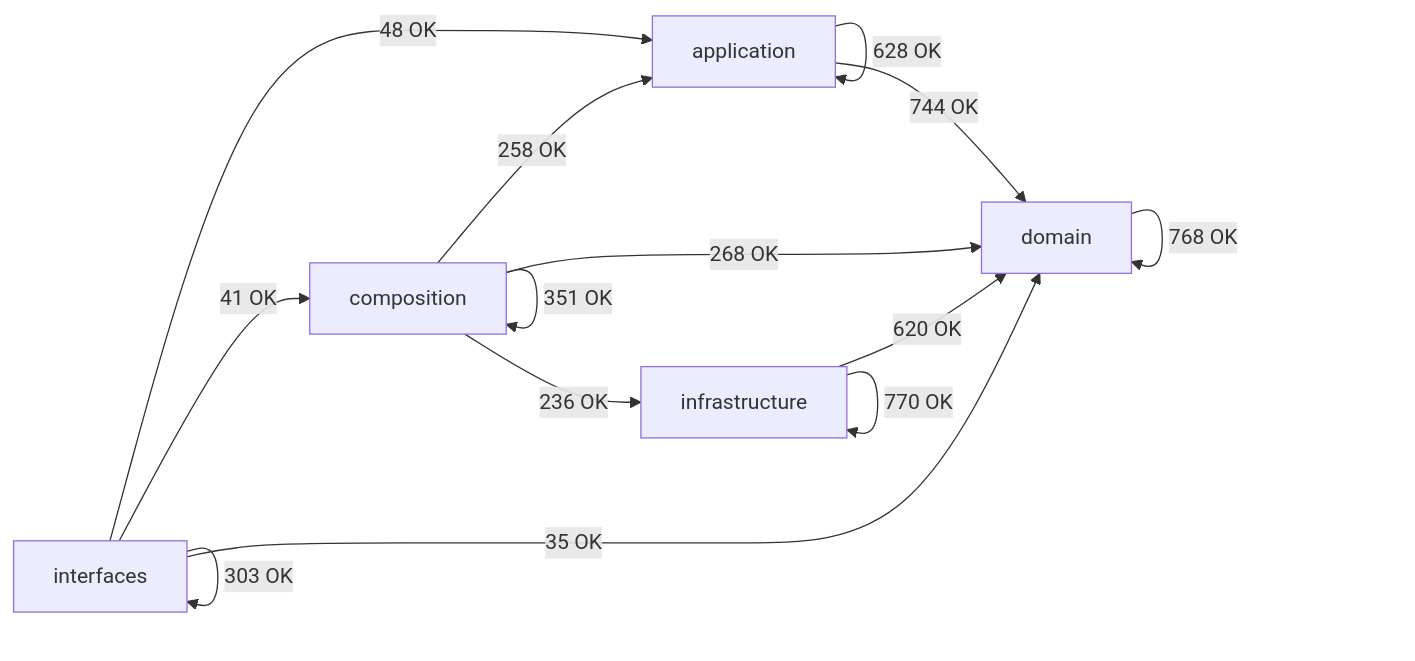
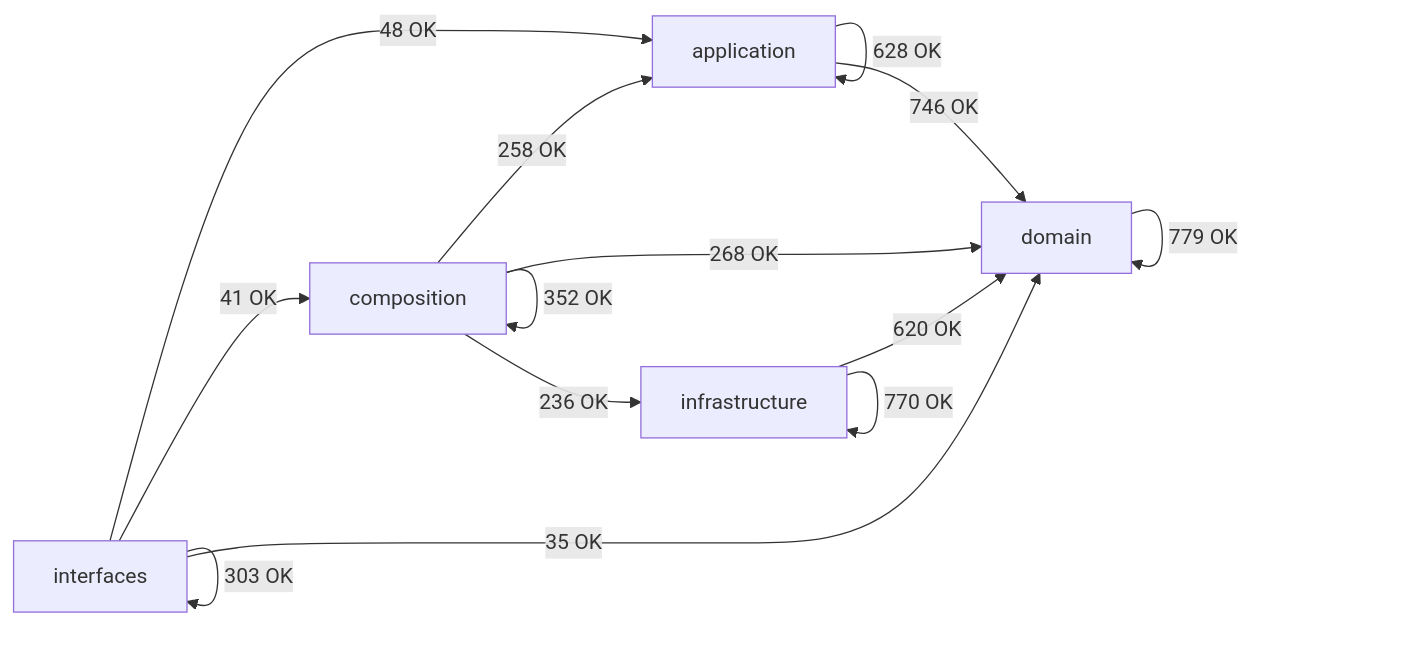
The diagram in docs/02-architecture/generated/module-dependency-map.md (SatoryKono/BioactivityDataAcquisition), drawn with Mermaid before and after one commit. The commit also changed other lines of this file and 60 other files, not shown here.

````diff
--- a/docs/02-architecture/generated/module-dependency-map.md
+++ b/docs/02-architecture/generated/module-dependency-map.md
@@ -17,21 +17,21 @@
 ```mermaid
 flowchart LR
     domain[domain]
     application[application]
     infrastructure[infrastructure]
     composition[composition]
     interfaces[interfaces]
     application -->|628 OK| application
-    application -->|744 OK| domain
+    application -->|746 OK| domain
     composition -->|258 OK| application
-    composition -->|351 OK| composition
+    composition -->|352 OK| composition
     composition -->|268 OK| domain
     composition -->|236 OK| infrastructure
-    domain -->|768 OK| domain
+    domain -->|779 OK| domain
     infrastructure -->|620 OK| domain
     infrastructure -->|770 OK| infrastructure
     interfaces -->|48 OK| application
     interfaces -->|41 OK| composition
     interfaces -->|35 OK| domain
     interfaces -->|303 OK| interfaces
 ```
````
